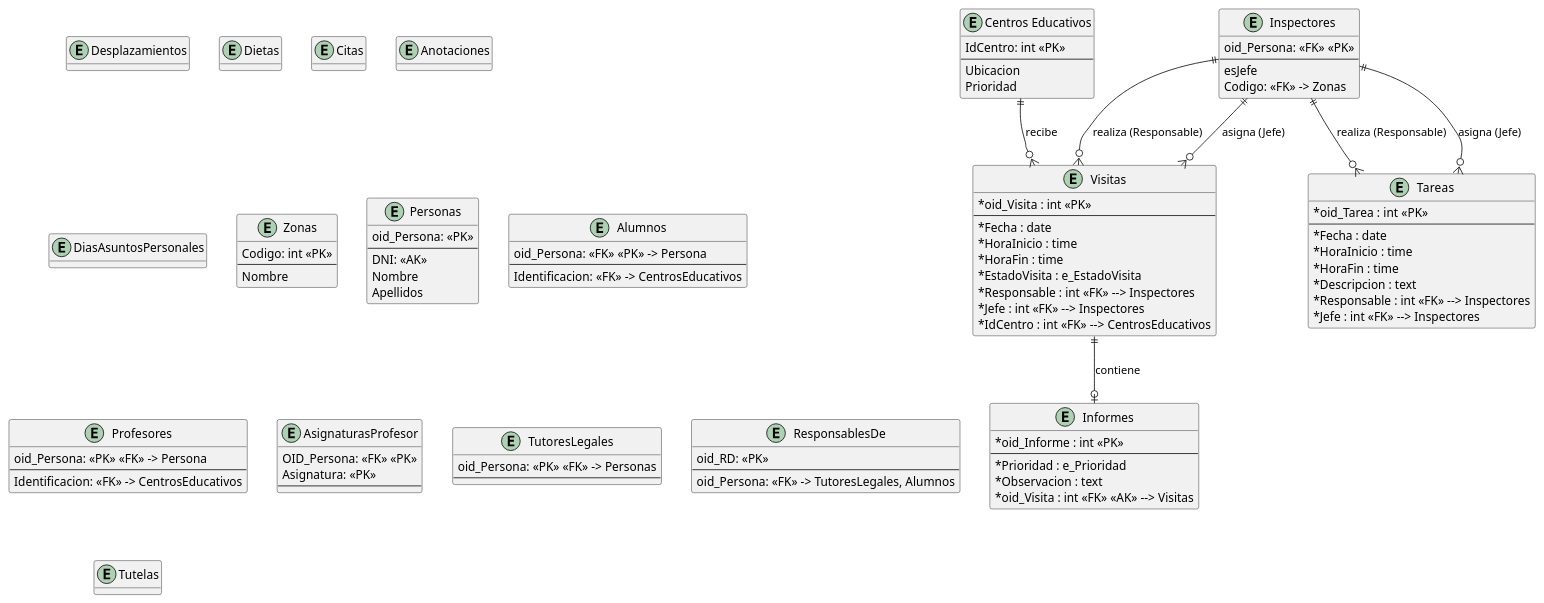
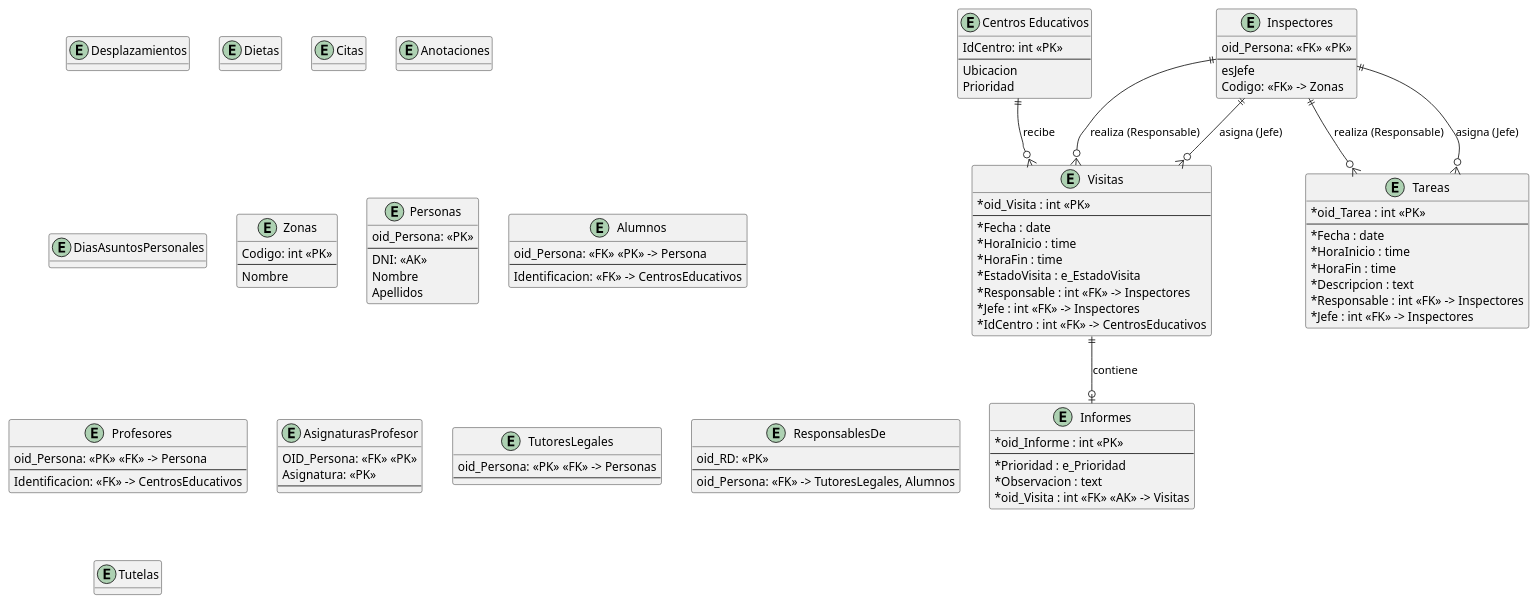
Before and after one commit to javiporti/ProyectoBD_Inspeccion_Educativa: the diagram in modelado/modelado_relacional.puml, drawn with PlantUML.

Commit message:
Unifica la flecha de las claves foráneas y quita espacios sobrantes

```diff
--- a/modelado/modelado_relacional.puml
+++ b/modelado/modelado_relacional.puml
@@ -1,124 +1,124 @@
 @startuml modelado_relacional
 hide methods
 skinparam ClassAttributeIconSize 0
 
 
 entity "Centros Educativos" as CentrosEducativos {
     IdCentro: int <<PK>>
     --
     Ubicacion
     Prioridad
 }
 
 entity Desplazamientos {
 
 }
 
 entity Dietas {
 
 }
 
 entity Citas {
 
 }
 
 entity Anotaciones {
 
 }
 
 entity Visitas {
-    *oid_Visita : int <<PK>>  
+    *oid_Visita : int <<PK>>
     --
     *Fecha : date
     *HoraInicio : time
     *HoraFin : time
     *EstadoVisita : e_EstadoVisita
-    *Responsable : int <<FK>> --> Inspectores
-    *Jefe : int <<FK>> --> Inspectores
-    *IdCentro : int <<FK>> --> CentrosEducativos
+    *Responsable : int <<FK>> -> Inspectores
+    *Jefe : int <<FK>> -> Inspectores
+    *IdCentro : int <<FK>> -> CentrosEducativos
 }
 
 entity Informes {
     *oid_Informe : int <<PK>>
     --
     *Prioridad : e_Prioridad
     *Observacion : text
-    *oid_Visita : int <<FK>> <<AK>> --> Visitas
+    *oid_Visita : int <<FK>> <<AK>> -> Visitas
 }
 
 entity Tareas {
     *oid_Tarea : int <<PK>>
     --
     *Fecha : date
     *HoraInicio : time
     *HoraFin : time
     *Descripcion : text
-    *Responsable : int <<FK>> --> Inspectores
-    *Jefe : int <<FK>> --> Inspectores
+    *Responsable : int <<FK>> -> Inspectores
+    *Jefe : int <<FK>> -> Inspectores
 }
 
 entity DiasAsuntosPersonales {
 
 }
 
 entity Zonas {
     Codigo: int <<PK>>
     --
     Nombre
 }
 
 entity Personas {
     oid_Persona: <<PK>>
     --
     DNI: <<AK>>
     Nombre
     Apellidos
 }
 
 entity Inspectores {
     oid_Persona: <<FK>> <<PK>>
     --
     esJefe
     Codigo: <<FK>> -> Zonas
 }
 entity Alumnos {
     oid_Persona: <<FK>> <<PK>> -> Persona
     --
     Identificacion: <<FK>> -> CentrosEducativos
 }
 
 entity Profesores {
     oid_Persona: <<PK>> <<FK>> -> Persona
     --
     Identificacion: <<FK>> -> CentrosEducativos
 }
 
 entity AsignaturasProfesor {
     OID_Persona: <<FK>> <<PK>>
     Asignatura: <<PK>>
     --
 }
 
 entity TutoresLegales {
     oid_Persona: <<PK>> <<FK>> -> Personas
     --
 }
 
 entity ResponsablesDe {
     oid_RD: <<PK>>
     --
     oid_Persona: <<FK>> -> TutoresLegales, Alumnos
 }
 
 entity Tutelas {
 
 }
 
 Inspectores ||--o{ Visitas : realiza (Responsable)
 Inspectores ||--o{ Visitas : asigna (Jefe)
 Inspectores ||--o{ Tareas : realiza (Responsable)
 Inspectores ||--o{ Tareas : asigna (Jefe)
 CentrosEducativos ||--o{ Visitas : recibe
 Visitas ||--o| Informes : contiene
 
 @enduml
```
